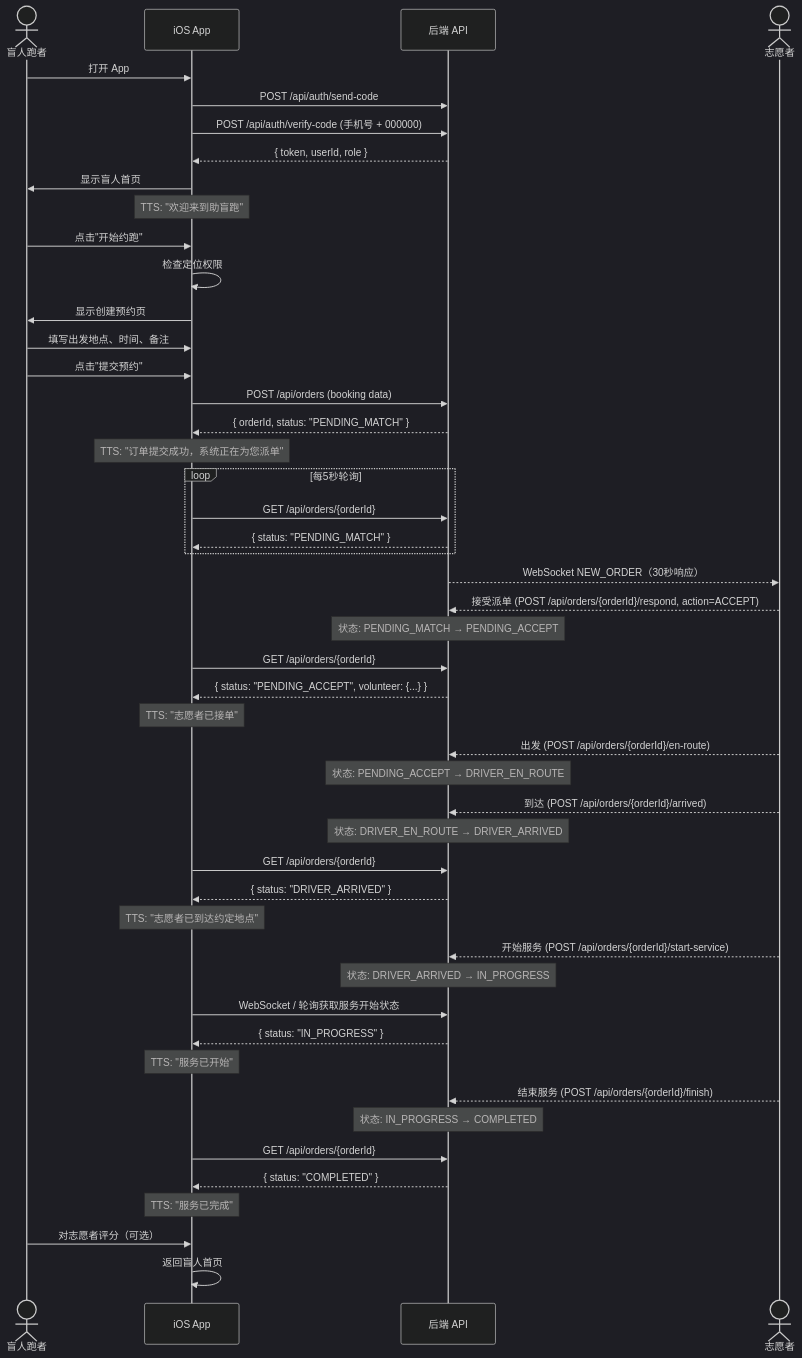
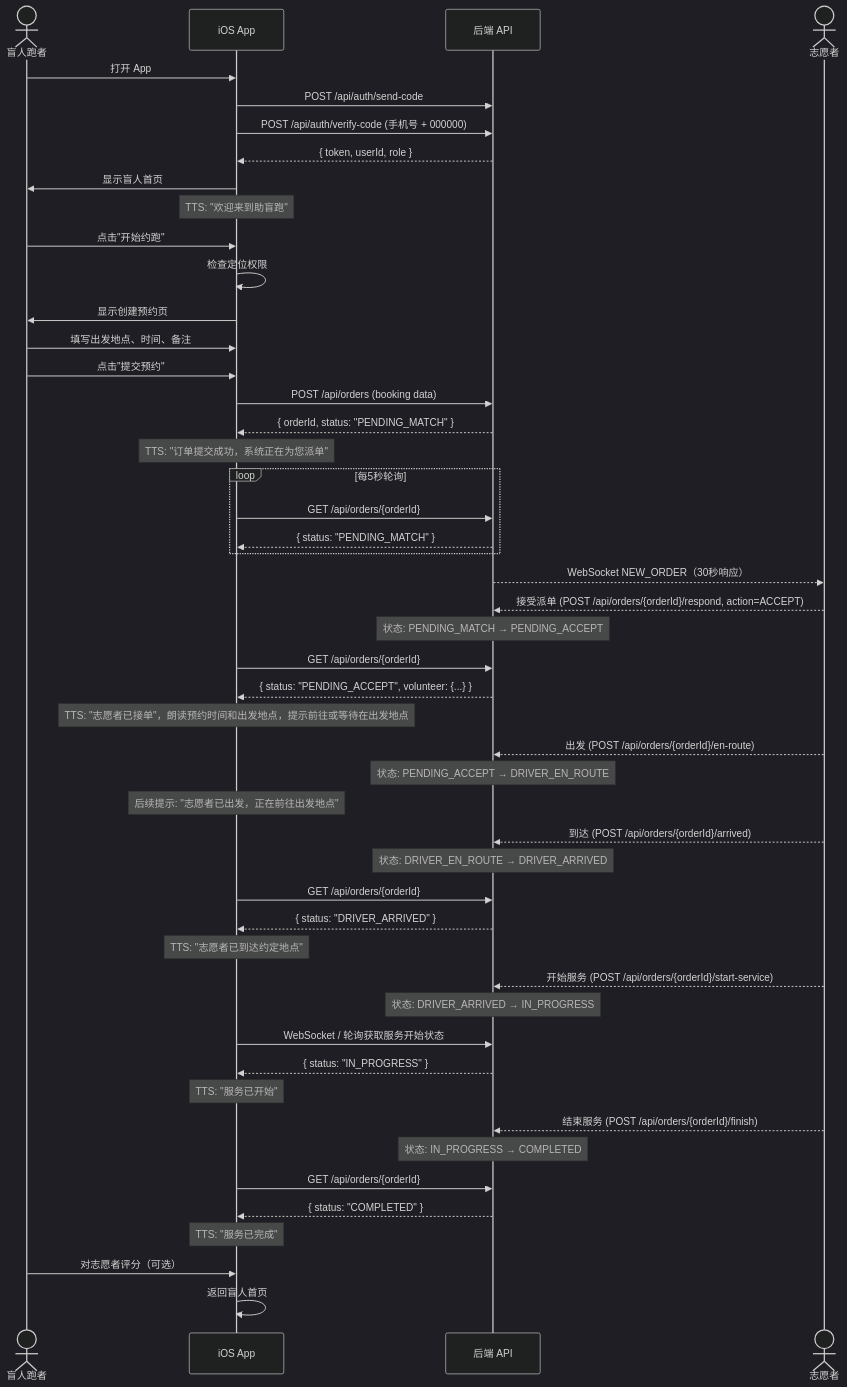
Before and after one commit to Jayden23018/blind-run-ios: the third of 7 diagrams in docs/04-user-flows-and-state-machine.md, drawn with Mermaid (dark theme). The commit also changed other lines of this file and 21 other files, not shown here.

````diff
--- a/docs/04-user-flows-and-state-machine.md
+++ b/docs/04-user-flows-and-state-machine.md
@@ -122,63 +128,64 @@
 ```mermaid
 sequenceDiagram
     actor BR as 盲人跑者
     participant App as iOS App
     participant API as 后端 API
     actor VOL as 志愿者
 
     BR->>App: 打开 App
     App->>API: POST /api/auth/send-code
     App->>API: POST /api/auth/verify-code (手机号 + 000000)
     API-->>App: { token, userId, role }
     App->>BR: 显示盲人首页
     Note over App: TTS: "欢迎来到助盲跑"
 
     BR->>App: 点击"开始约跑"
     App->>App: 检查定位权限
     App->>BR: 显示创建预约页
 
     BR->>App: 填写出发地点、时间、备注
     BR->>App: 点击"提交预约"
     App->>API: POST /api/orders (booking data)
     API-->>App: { orderId, status: "PENDING_MATCH" }
     Note over App: TTS: "订单提交成功，系统正在为您派单"
 
     loop 每5秒轮询
         App->>API: GET /api/orders/{orderId}
         API-->>App: { status: "PENDING_MATCH" }
     end
 
     API-->>VOL: WebSocket NEW_ORDER（30秒响应）
     VOL-->>API: 接受派单 (POST /api/orders/{orderId}/respond, action=ACCEPT)
     Note over API: 状态: PENDING_MATCH → PENDING_ACCEPT
 
     App->>API: GET /api/orders/{orderId}
     API-->>App: { status: "PENDING_ACCEPT", volunteer: {...} }
-    Note over App: TTS: "志愿者已接单"
+    Note over App: TTS: "志愿者已接单"，朗读预约时间和出发地点，提示前往或等待在出发地点
 
     VOL-->>API: 出发 (POST /api/orders/{orderId}/en-route)
     Note over API: 状态: PENDING_ACCEPT → DRIVER_EN_ROUTE
+    Note over App: 后续提示: "志愿者已出发，正在前往出发地点"
 
     VOL-->>API: 到达 (POST /api/orders/{orderId}/arrived)
     Note over API: 状态: DRIVER_EN_ROUTE → DRIVER_ARRIVED
 
     App->>API: GET /api/orders/{orderId}
     API-->>App: { status: "DRIVER_ARRIVED" }
     Note over App: TTS: "志愿者已到达约定地点"
 
     VOL-->>API: 开始服务 (POST /api/orders/{orderId}/start-service)
     Note over API: 状态: DRIVER_ARRIVED → IN_PROGRESS
     App->>API: WebSocket / 轮询获取服务开始状态
     API-->>App: { status: "IN_PROGRESS" }
     Note over App: TTS: "服务已开始"
 
     VOL-->>API: 结束服务 (POST /api/orders/{orderId}/finish)
     Note over API: 状态: IN_PROGRESS → COMPLETED
 
     App->>API: GET /api/orders/{orderId}
     API-->>App: { status: "COMPLETED" }
     Note over App: TTS: "服务已完成"
 
     BR->>App: 对志愿者评分（可选）
     App->>App: 返回盲人首页
 ```
````
